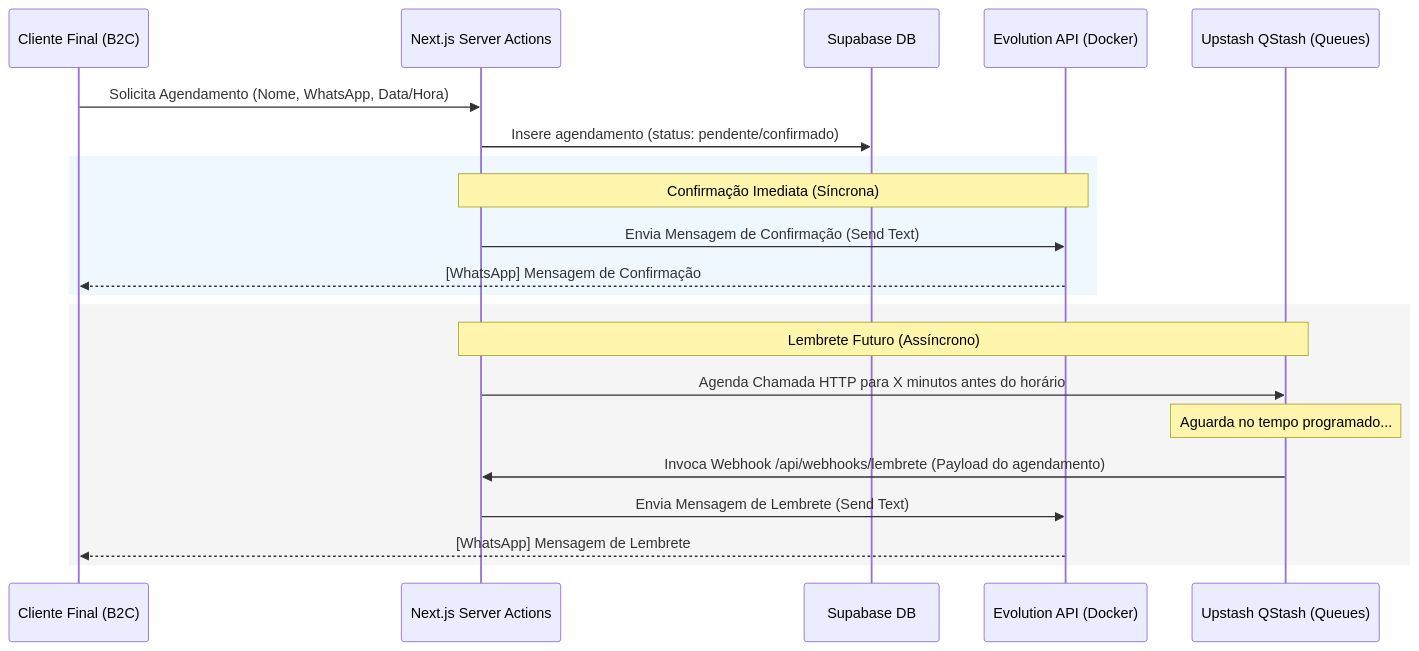
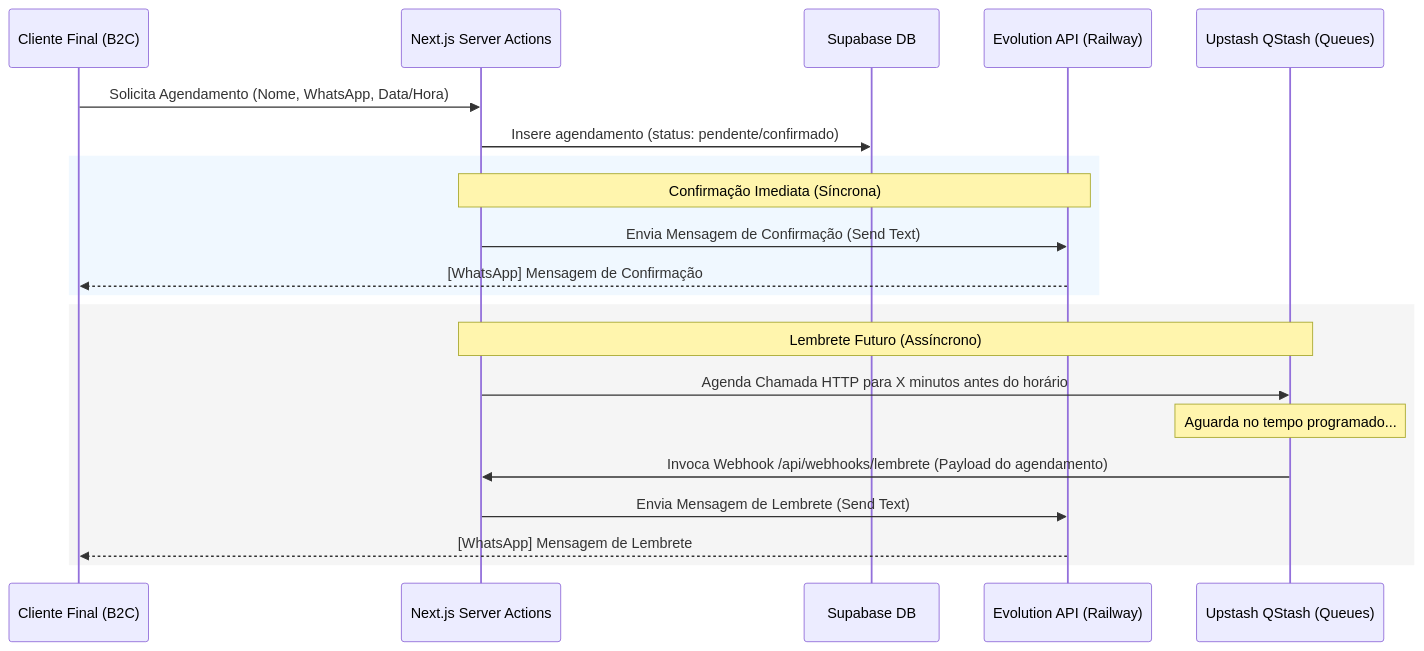
Before and after one commit to KriawqZero/vamo-agendar-app: the diagram in docs/06-MENSAGERIA_E_WHATSAPP.md, drawn with Mermaid. The commit also changed 6 other files, not shown here.

````diff
--- a/docs/06-MENSAGERIA_E_WHATSAPP.md
+++ b/docs/06-MENSAGERIA_E_WHATSAPP.md
@@ -11,26 +11,26 @@
 ```mermaid
 sequenceDiagram
     participant Cliente as Cliente Final (B2C)
     participant Next as Next.js Server Actions
     participant Supabase as Supabase DB
-    participant Evo as Evolution API (Docker)
+    participant Evo as Evolution API (Railway)
     participant QStash as Upstash QStash (Queues)
     
     Cliente->>Next: Solicita Agendamento (Nome, WhatsApp, Data/Hora)
     Next->>Supabase: Insere agendamento (status: pendente/confirmado)
     
     rect rgb(240, 248, 255)
         Note over Next, Evo: Confirmação Imediata (Síncrona)
         Next->>Evo: Envia Mensagem de Confirmação (Send Text)
         Evo-->>Cliente: [WhatsApp] Mensagem de Confirmação
     end
 
     rect rgb(245, 245, 245)
         Note over Next, QStash: Lembrete Futuro (Assíncrono)
         Next->>QStash: Agenda Chamada HTTP para X minutos antes do horário
         Note over QStash: Aguarda no tempo programado...
         QStash->>Next: Invoca Webhook /api/webhooks/lembrete (Payload do agendamento)
         Next->>Evo: Envia Mensagem de Lembrete (Send Text)
         Evo-->>Cliente: [WhatsApp] Mensagem de Lembrete
     end
 ```
````
